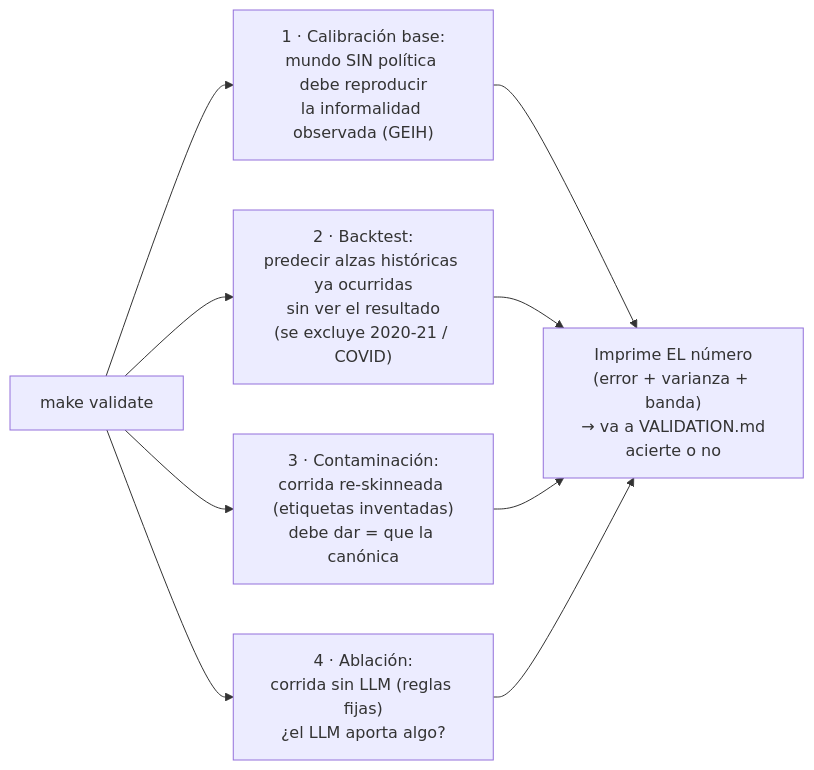
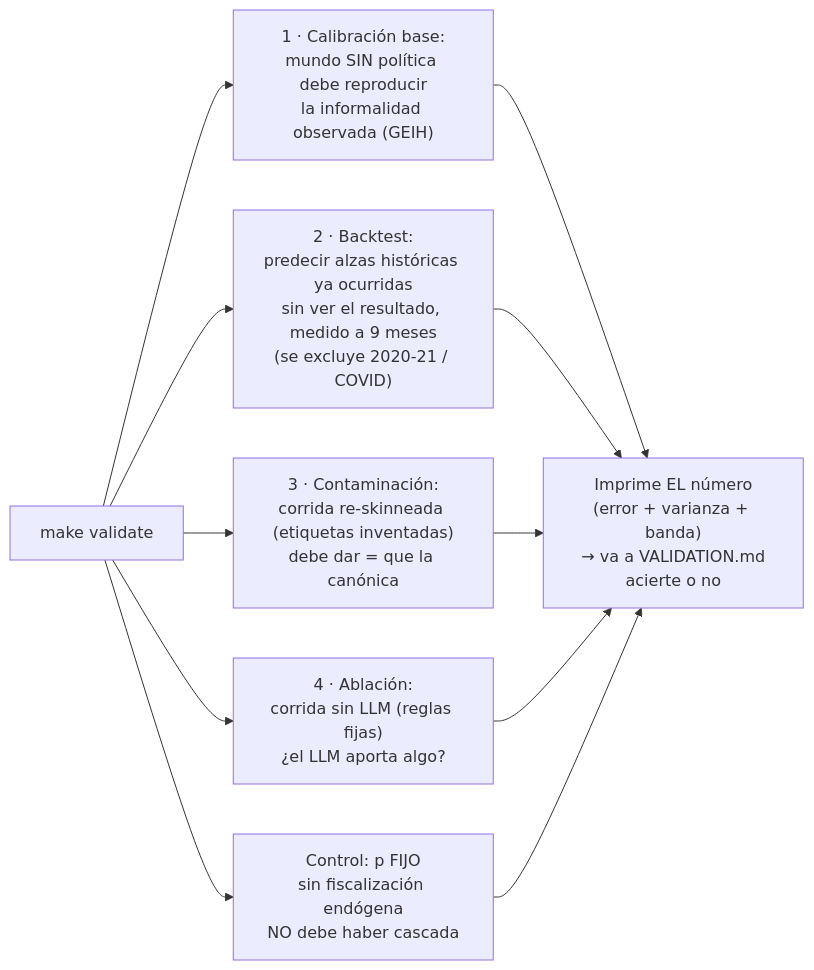
The second of 2 diagrams in docs/FLUJO.md (platanus-hack/platanus-hack-26-co-team-16), drawn with Mermaid before and after one commit. The commit also changed other lines of this file and 15 other files, not shown here.

````diff
--- a/docs/FLUJO.md
+++ b/docs/FLUJO.md
@@ -45,8 +66,9 @@
 ```mermaid
 flowchart LR
     MV["make validate"] --> C1["1 · Calibración base:<br/>mundo SIN política debe reproducir<br/>la informalidad observada (GEIH)"]
-    MV --> C2["2 · Backtest:<br/>predecir alzas históricas ya ocurridas<br/>sin ver el resultado<br/>(se excluye 2020-21 / COVID)"]
+    MV --> C2["2 · Backtest:<br/>predecir alzas históricas ya ocurridas<br/>sin ver el resultado, medido a 9 meses<br/>(se excluye 2020-21 / COVID)"]
     MV --> C3["3 · Contaminación:<br/>corrida re-skinneada (etiquetas inventadas)<br/>debe dar = que la canónica"]
     MV --> C4["4 · Ablación:<br/>corrida sin LLM (reglas fijas)<br/>¿el LLM aporta algo?"]
-    C1 & C2 & C3 & C4 --> NUM["Imprime EL número<br/>(error + varianza + banda)<br/>→ va a VALIDATION.md<br/>acierte o no"]
+    MV --> C5["Control: p FIJO<br/>sin fiscalización endógena<br/>NO debe haber cascada"]
+    C1 & C2 & C3 & C4 & C5 --> NUM["Imprime EL número<br/>(error + varianza + banda)<br/>→ va a VALIDATION.md<br/>acierte o no"]
 ```
````
